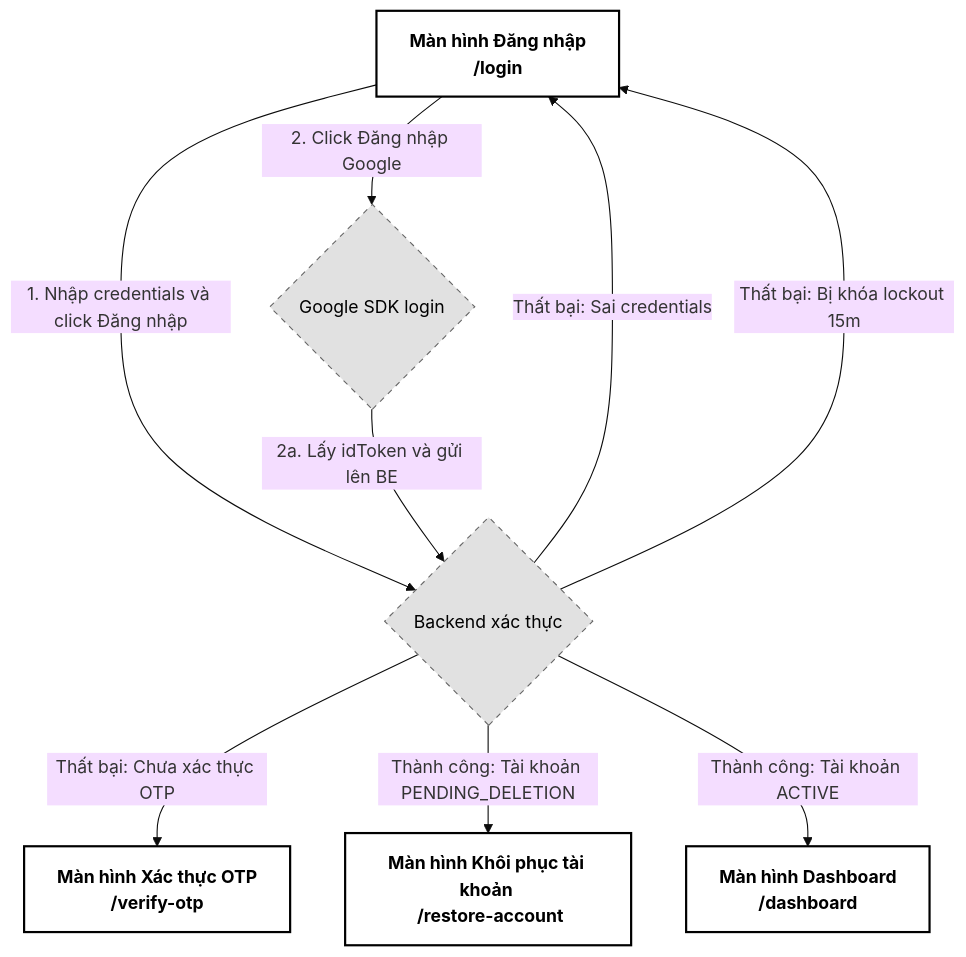
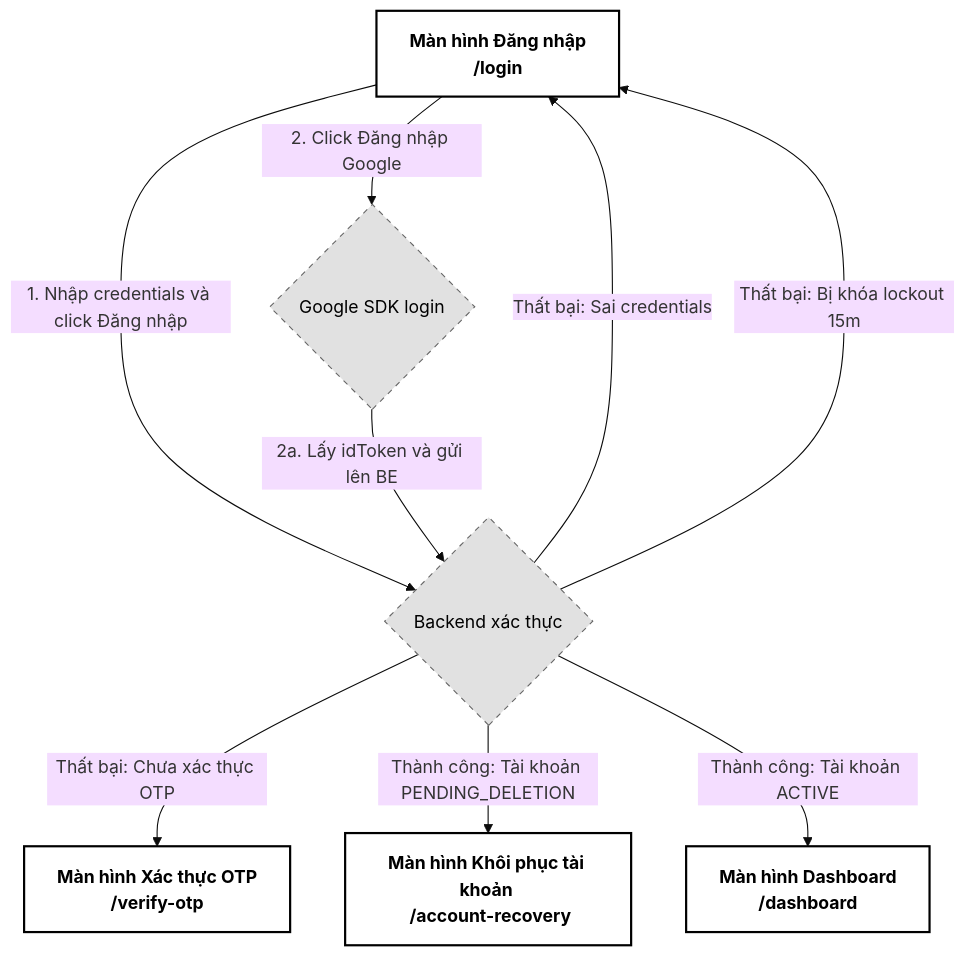
The third of 3 diagrams in docs/1. Identity & Access Management/02_user_login.md (NguyenDucHoangNam/PWB_Mini), drawn with Mermaid (base theme) before and after one commit. The commit also changed other lines of this file and 74 other files, not shown here.

````diff
--- a/docs/1. Identity & Access Management/02_user_login.md
+++ b/docs/1. Identity & Access Management/02_user_login.md
@@ -506,19 +508,19 @@
 ```mermaid
 graph TD
     classDef default fill:#f9f9f9,stroke:#333,stroke-width:1px,color:#000;
     classDef screen fill:#ffffff,stroke:#000,stroke-width:2px,font-weight:bold,color:#000;
     classDef action fill:#e1e1e1,stroke:#666,stroke-width:1px,stroke-dasharray: 5 5,color:#000;
 
     LoginPage["Màn hình Đăng nhập <br> /login"]:::screen -->|1. Nhập credentials và click Đăng nhập| LocalLogin{Backend xác thực}:::action
     LoginPage -->|2. Click Đăng nhập Google| GoogleOAuth{Google SDK login}:::action
 
     GoogleOAuth -->|2a. Lấy idToken và gửi lên BE| LocalLogin
     
     LocalLogin -->|Thất bại: Sai credentials| LoginPage
     LocalLogin -->|Thất bại: Bị khóa lockout 15m| LoginPage
     
     LocalLogin -->|Thất bại: Chưa xác thực OTP| VerifyOtpPage["Màn hình Xác thực OTP <br> /verify-otp"]:::screen
     
-    LocalLogin -->|Thành công: Tài khoản PENDING_DELETION| RestorePage["Màn hình Khôi phục tài khoản <br> /restore-account"]:::screen
+    LocalLogin -->|Thành công: Tài khoản PENDING_DELETION| RestorePage["Màn hình Khôi phục tài khoản <br> /account-recovery"]:::screen
     LocalLogin -->|Thành công: Tài khoản ACTIVE| DashboardPage["Màn hình Dashboard <br> /dashboard"]:::screen
 ```
````
